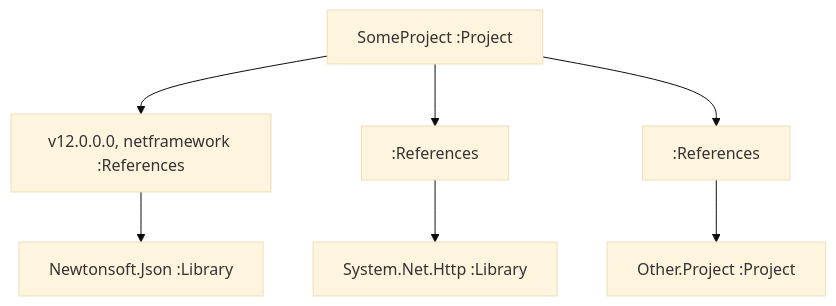
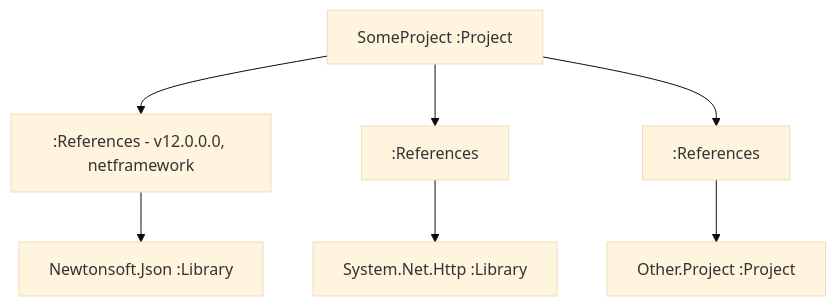
One commit to chestercodes/chester.codes changed the third of 3 diagrams in content/posts/029-2020-01-10-project-analysis-neo4j/Projects.mermaid. Above: the diagram before and after it, drawn with Mermaid (base theme).

Commit message:
Added stuff

````diff
--- a/content/posts/029-2020-01-10-project-analysis-neo4j/Projects.mermaid
+++ b/content/posts/029-2020-01-10-project-analysis-neo4j/Projects.mermaid
@@ -30,7 +30,7 @@
 ```mermaid
 
 graph TD;
-    SomeApi[SomeProject :Project ]-->R001[v12.0.0.0, netframework :References]-->L01[Newtonsoft.Json :Library];
+    SomeApi[SomeProject :Project ]-->R001[:References - v12.0.0.0, netframework]-->L01[Newtonsoft.Json :Library];
     SomeApi-->R003[:References]-->L03[System.Net.Http :Library];
     SomeApi-->R004[:References]-->OtherProj[Other.Project :Project];
 ```
````
